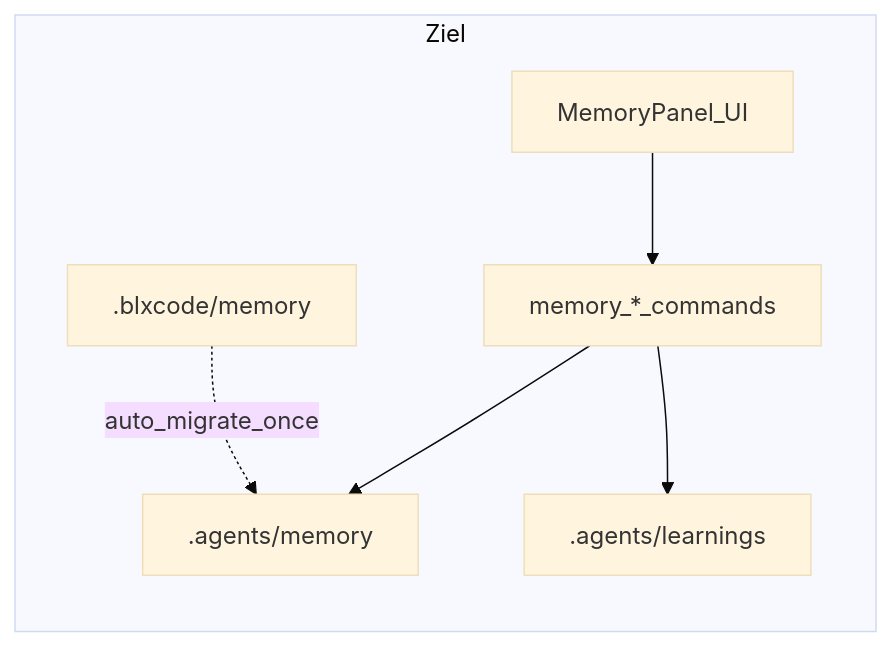
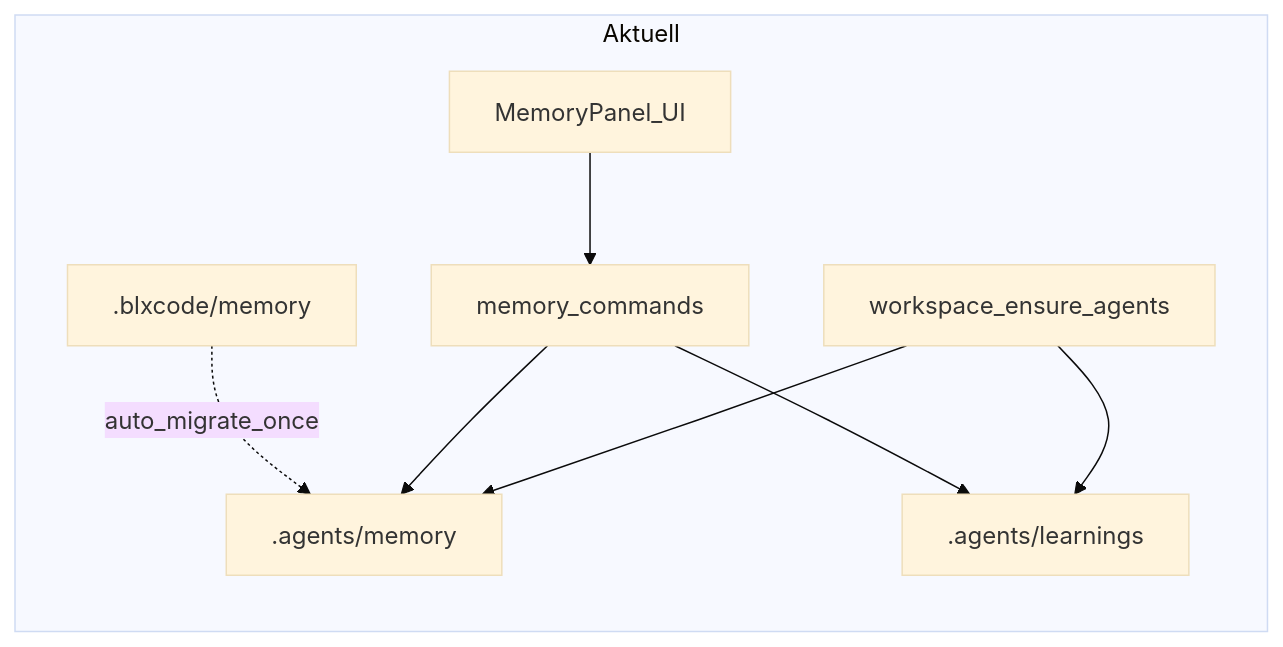
One commit to Bitslix/BLXCode changed the diagram in .agents/plans/memory-nach-agents.md. Above: the diagram before and after it, drawn with Mermaid (base theme). The commit also changed other lines of this file and 8 other files, not shown here.

First line of the commit message:
feat: add Graph 3D toolbar and popover flow preview plan

````diff
--- a/.agents/plans/memory-nach-agents.md
+++ b/.agents/plans/memory-nach-agents.md
@@ -40,14 +30,17 @@
 ```mermaid
 flowchart LR
-  subgraph target [Ziel]
-    UI2[MemoryPanel_UI]
-    API[memory_*_commands]
+  subgraph current [Aktuell]
+    UI[MemoryPanel_UI]
+    API[memory_commands]
+    Bootstrap[workspace_ensure_agents]
     Mem[".agents/memory"]
     Learn[".agents/learnings"]
     Legacy[".blxcode/memory"]
-    UI2 --> API
+    UI --> API
+    Bootstrap --> Mem
+    Bootstrap --> Learn
     API --> Mem
     API --> Learn
     Legacy -.->|auto_migrate_once| Mem
   end
 ```
````
